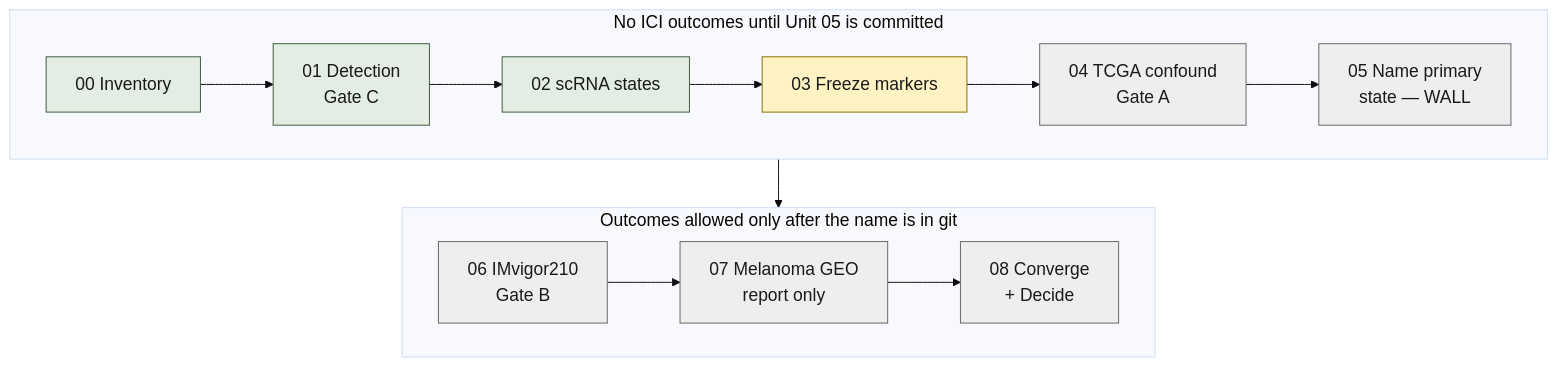
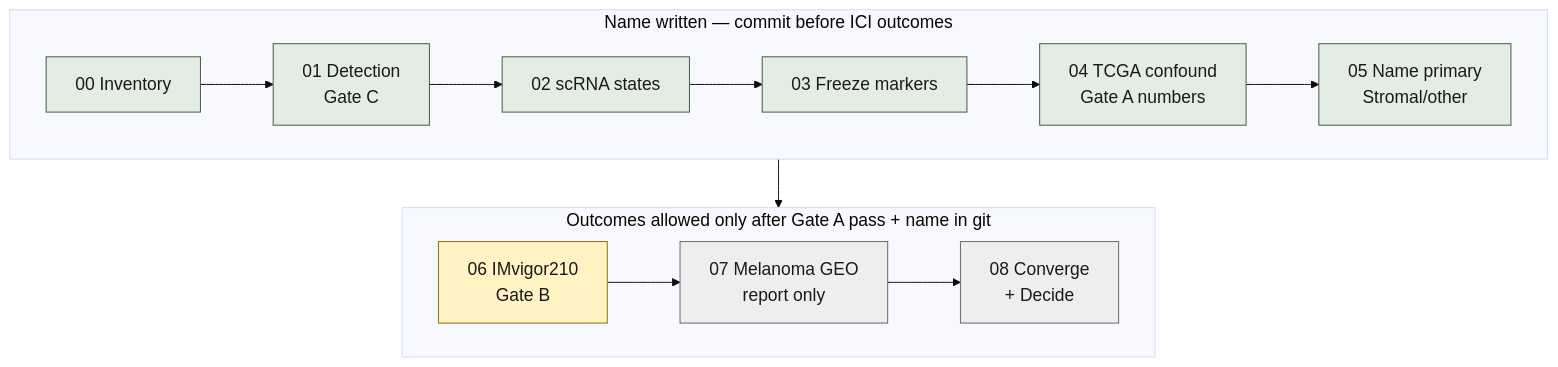
One commit to cauld/scendo changed the diagram in docs/diagrams/scendo-units.mmd. Above: the diagram before and after it, drawn with Mermaid. The commit also changed 16 other files, not shown here.

First line of the commit message:
Freeze Units 03–05: Stromal/other as primary ECS state, Gate A pass.

```diff
--- a/docs/diagrams/scendo-units.mmd
+++ b/docs/diagrams/scendo-units.mmd
@@ -1,25 +1,25 @@
 %%{init: {"theme": "base", "themeVariables": {"fontSize": "18px", "fontFamily": "Helvetica, Arial, sans-serif"}} }%%
 flowchart TB
-  subgraph before["No ICI outcomes until Unit 05 is committed"]
+  subgraph before["Name written — commit before ICI outcomes"]
     direction LR
     U00["00 Inventory"] --> U01["01 Detection<br/>Gate C"]
     U01 --> U02["02 scRNA states"]
     U02 --> U03["03 Freeze markers"]
-    U03 --> U04["04 TCGA confound<br/>Gate A"]
-    U04 --> U05["05 Name primary<br/>state — WALL"]
+    U03 --> U04["04 TCGA confound<br/>Gate A numbers"]
+    U04 --> U05["05 Name primary<br/>Stromal/other"]
   end
 
-  subgraph after["Outcomes allowed only after the name is in git"]
+  subgraph after["Outcomes allowed only after Gate A pass + name in git"]
     direction LR
     U06["06 IMvigor210<br/>Gate B"] --> U07["07 Melanoma GEO<br/>report only"]
     U07 --> U08["08 Converge<br/>+ Decide"]
   end
 
   U05 --> U06
 
   classDef done fill:#E4EDE4,stroke:#3D5A3D,color:#1A1A1A
   classDef now fill:#FFF3C4,stroke:#8A6D00,color:#1A1A1A
   classDef later fill:#EEEEEE,stroke:#666666,color:#1A1A1A
-  class U00,U01,U02 done
-  class U03 now
-  class U04,U05,U06,U07,U08 later
+  class U00,U01,U02,U03,U04,U05 done
+  class U06 now
+  class U07,U08 later
```
